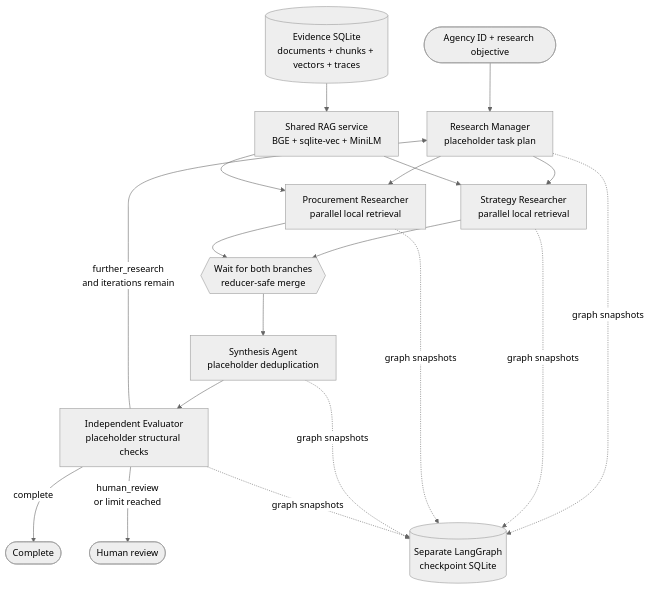
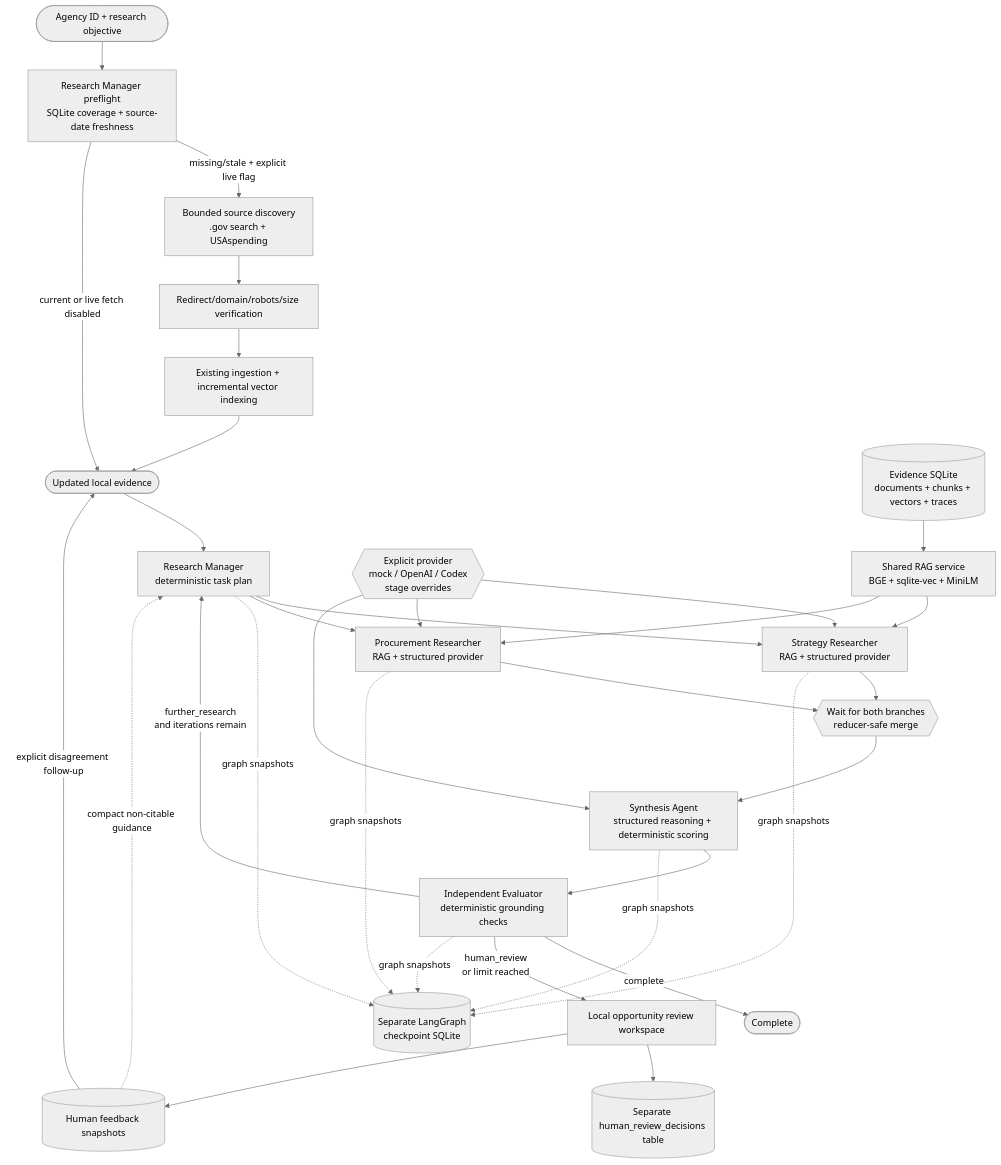
Before and after one commit to ruicherriechen/public-sector-opportunity-research: the first of 2 diagrams in LANGGRAPH_ARCHITECTURE.md, drawn with Mermaid (neutral theme). The commit also changed other lines of this file and 67 other files, not shown here.

Commit message:
Complete public-sector opportunity research capstone

````diff
--- a/LANGGRAPH_ARCHITECTURE.md
+++ b/LANGGRAPH_ARCHITECTURE.md
@@ -14,21 +18,34 @@
 ```mermaid
 flowchart TD
-    START([Agency ID + research objective]) --> RM[Research Manager\nplaceholder task plan]
-    RM --> SR[Strategy Researcher\nparallel local retrieval]
-    RM --> PR[Procurement Researcher\nparallel local retrieval]
+    INPUT([Agency ID + research objective]) --> CHECK[Research Manager preflight\nSQLite coverage + source-date freshness]
+    CHECK -->|missing/stale + explicit live flag| DISC[Bounded source discovery\n.gov search + USAspending]
+    DISC --> VERIFY[Redirect/domain/robots/size verification]
+    VERIFY --> INGEST[Existing ingestion + incremental vector indexing]
+    CHECK -->|current or live fetch disabled| START
+    INGEST --> START([Updated local evidence])
+    START --> RM[Research Manager\ndeterministic task plan]
+    RM --> SR[Strategy Researcher\nRAG + structured provider]
+    RM --> PR[Procurement Researcher\nRAG + structured provider]
     SR --> JOIN{{Wait for both branches\nreducer-safe merge}}
     PR --> JOIN
     DB[(Evidence SQLite\ndocuments + chunks + vectors + traces)] --> RAG[Shared RAG service\nBGE + sqlite-vec + MiniLM]
     RAG --> SR
     RAG --> PR
-    JOIN --> SA[Synthesis Agent\nplaceholder deduplication]
-    SA --> IE[Independent Evaluator\nplaceholder structural checks]
+    PROVIDER{{Explicit provider\nmock / OpenAI / Codex\nstage overrides}} --> SR
+    PROVIDER --> PR
+    PROVIDER --> SA
+    JOIN --> SA[Synthesis Agent\nstructured reasoning + deterministic scoring]
+    SA --> IE[Independent Evaluator\ndeterministic grounding checks]
     IE -->|complete| DONE([Complete])
     IE -->|further_research\nand iterations remain| RM
-    IE -->|human_review\nor limit reached| HUMAN([Human review])
+    IE -->|human_review\nor limit reached| HUMAN[Local opportunity review workspace]
+    HUMAN --> DECISIONS[(Separate human_review_decisions table)]
+    HUMAN --> FEEDBACK[(Human feedback snapshots)]
+    FEEDBACK -. compact non-citable guidance .-> RM
+    FEEDBACK -->|explicit disagreement follow-up| START
     RM -. graph snapshots .-> CP[(Separate LangGraph\ncheckpoint SQLite)]
     SR -. graph snapshots .-> CP
     PR -. graph snapshots .-> CP
     SA -. graph snapshots .-> CP
     IE -. graph snapshots .-> CP
 ```
````
